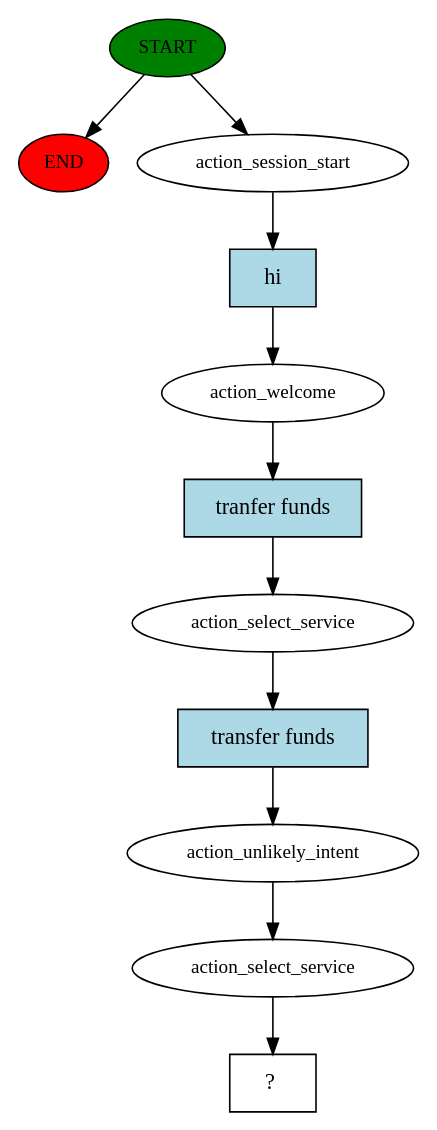
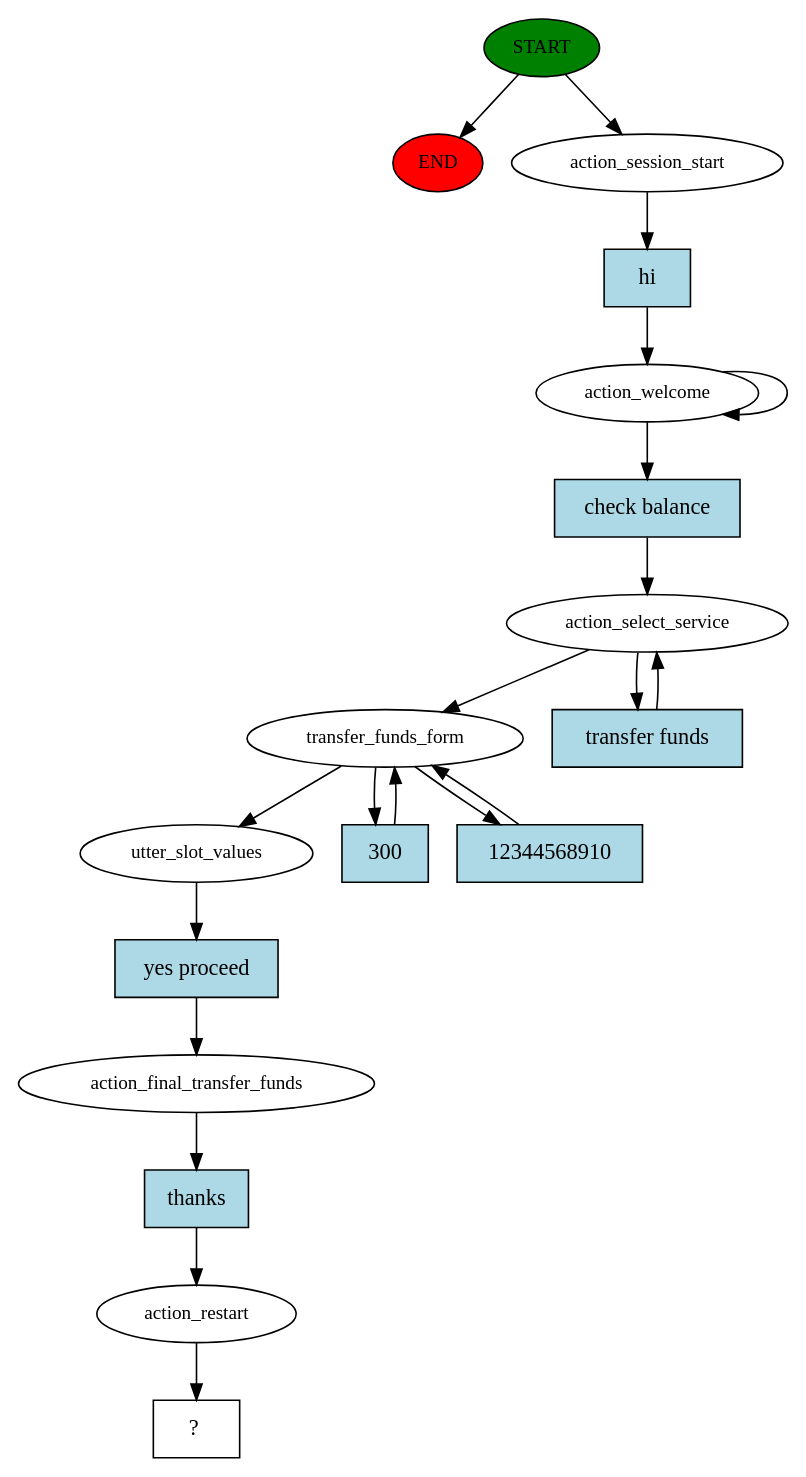
The diagram in story_graph.dot (kritsid/Krishvi--adventure), drawn with Graphviz before and after one commit. The commit also changed 73 other files, not shown here.

```diff
--- a/story_graph.dot
+++ b/story_graph.dot
@@ -1,23 +1,39 @@
 digraph  {
 0 [class="start active", fillcolor=green, fontsize=12, label=START, style=filled];
 "-1" [class=end, fillcolor=red, fontsize=12, label=END, style=filled];
 1 [class=active, fontsize=12, label=action_session_start];
 2 [class=active, fontsize=12, label=action_welcome];
-3 [class=active, fontsize=12, label=action_select_service];
-4 [class=active, fontsize=12, label=action_unlikely_intent];
-5 [class=active, fontsize=12, label=action_select_service];
-6 [class="intent dashed active", label="  ?  ", shape=rect];
-7 [class="intent active", fillcolor=lightblue, label=hi, shape=rect, style=filled];
-8 [class="intent active", fillcolor=lightblue, label="tranfer funds", shape=rect, style=filled];
-9 [class="intent active", fillcolor=lightblue, label="transfer funds", shape=rect, style=filled];
+9 [class=active, fontsize=12, label=action_select_service];
+11 [class=active, fontsize=12, label=transfer_funds_form];
+14 [class=active, fontsize=12, label=utter_slot_values];
+15 [class=active, fontsize=12, label=action_final_transfer_funds];
+16 [class=active, fontsize=12, label=action_restart];
+17 [class="intent dashed active", label="  ?  ", shape=rect];
+18 [class="intent active", fillcolor=lightblue, label=hi, shape=rect, style=filled];
+19 [class="intent active", fillcolor=lightblue, label="check balance", shape=rect, style=filled];
+20 [class="intent active", fillcolor=lightblue, label="transfer funds", shape=rect, style=filled];
+21 [class="intent active", fillcolor=lightblue, label=300, shape=rect, style=filled];
+22 [class="intent active", fillcolor=lightblue, label=12344568910, shape=rect, style=filled];
+23 [class="intent active", fillcolor=lightblue, label="yes proceed", shape=rect, style=filled];
+24 [class="intent active", fillcolor=lightblue, label=thanks, shape=rect, style=filled];
 0 -> "-1"  [class="", key=NONE, label=""];
 0 -> 1  [class=active, key=NONE, label=""];
-1 -> 7  [class=active, key=0];
-2 -> 8  [class=active, key=0];
-3 -> 9  [class=active, key=0];
-4 -> 5  [class=active, key=NONE, label=""];
-5 -> 6  [class=active, key=NONE, label=""];
-7 -> 2  [class=active, key=0];
-8 -> 3  [class=active, key=0];
-9 -> 4  [class=active, key=0];
+1 -> 18  [class=active, key=0];
+2 -> 2  [class=active, key=NONE, label=""];
+2 -> 19  [class=active, key=0];
+9 -> 11  [class=active, key=NONE, label=""];
+9 -> 20  [class=active, key=0];
+11 -> 14  [class=active, key=NONE, label=""];
+11 -> 21  [class=active, key=0];
+11 -> 22  [class=active, key=0];
+14 -> 23  [class=active, key=0];
+15 -> 24  [class=active, key=0];
+16 -> 17  [class=active, key=NONE, label=""];
+18 -> 2  [class=active, key=0];
+19 -> 9  [class=active, key=0];
+20 -> 9  [class=active, key=0];
+21 -> 11  [class=active, key=0];
+22 -> 11  [class=active, key=0];
+23 -> 15  [class=active, key=0];
+24 -> 16  [class=active, key=0];
 }
```
